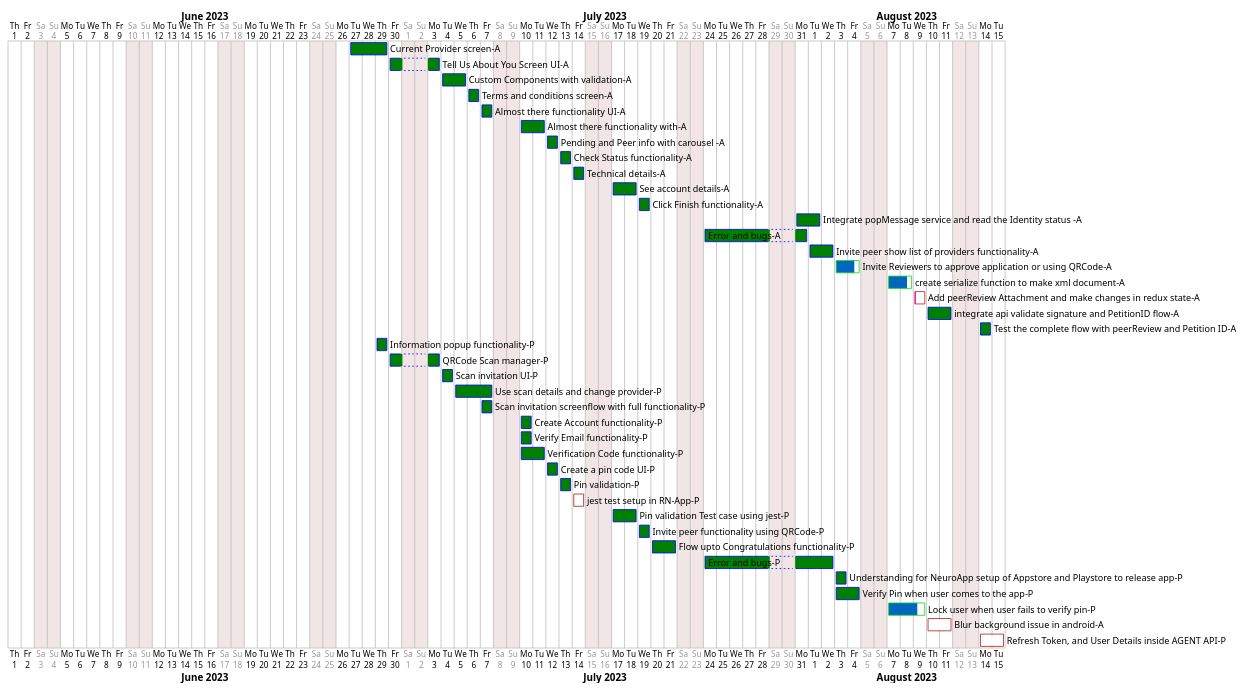
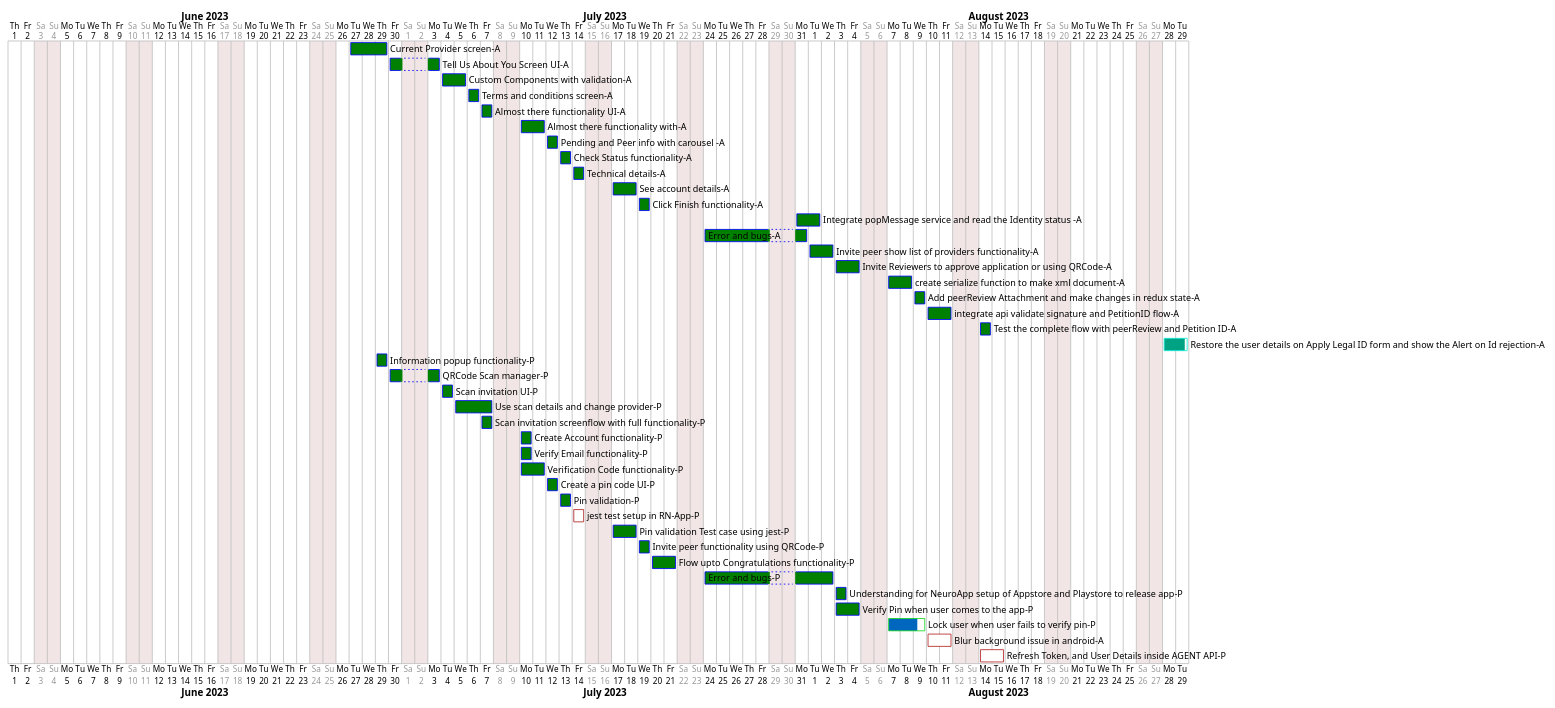
The diagram in doc/Onboarding-Flow.puml (Trust-Anchor-Group/NeuroAccessReactNative), drawn with PlantUML before and after one commit.

Commit message:
Update Onboarding-Flow.puml
update work status

```diff
--- a/doc/Onboarding-Flow.puml
+++ b/doc/Onboarding-Flow.puml
@@ -1,106 +1,107 @@
 @startgantt
 
 saturday are closed
 sunday are closed
 
 
 <style>
 
 ganttDiagram {
   task {
     BackGroundColor Green
     LineColor Blue
     unstarted {
       BackGroundColor Fuchsia 
       LineColor FireBrick
     }
   }
 }
 
 </style>
 
 Project starts 2023-06-01
 [Current Provider screen-A] starts 2023-06-27 and ends 2023-06-29
 [Tell Us About You Screen UI-A] starts 2023-06-30 and ends 2023-07-03
 [Custom Components with validation-A] starts 2023-07-04 and ends 2023-07-05
 [Terms and conditions screen-A] starts 2023-07-06 and ends 2023-07-06
 [Almost there functionality UI-A] starts 2023-07-07 and ends 2023-07-07
 [Almost there functionality with-A] starts 2023-07-10 and ends 2023-07-11
 [Pending and Peer info with carousel -A] starts 2023-07-12 and ends 2023-07-12
 [Check Status functionality-A] starts 2023-07-13 and ends 2023-07-13
 [Technical details-A] starts 2023-07-14 and ends 2023-07-14
 [See account details-A] starts 2023-07-17 and ends 2023-07-18
 [Click Finish functionality-A] starts 2023-07-19 and ends 2023-07-19
 [Integrate popMessage service and read the Identity status -A] starts 2023-07-31 and ends 2023-08-01
 [Error and bugs-A] starts 2023-07-24 and ends 2023-07-31
 [Invite peer show list of providers functionality-A] starts 2023-08-01 and ends 2023-08-02
 [Invite Reviewers to approve application or using QRCode-A] starts 2023-08-03 and ends 2023-08-04
 [create serialize function to make xml document-A] starts 2023-08-07 and ends 2023-08-08
 [Add peerReview Attachment and make changes in redux state-A] starts 2023-08-09 and ends 2023-08-09
 [integrate api validate signature and PetitionID flow-A] starts 2023-08-10 and ends 2023-08-11
 [Test the complete flow with peerReview and Petition ID-A] starts 2023-08-12 and ends 2023-08-14
+[Restore the user details on Apply Legal ID form and show the Alert on Id rejection-A] starts 2023-08-28 and ends 2023-08-29
 
 [Current Provider screen-A] is 100% complete
 [Tell Us About You Screen UI-A] is 100% complete
 [Custom Components with validation-A] is 100% complete
 [Terms and conditions screen-A] is 100% complete
 [Almost there functionality UI-A] is 100% complete
 [Almost there functionality with-A] is 100% complete
 [Pending and Peer info with carousel -A] is 100% complete
 [Check Status functionality-A] is 100% complete
 [Technical details-A] is 100% complete
 [See account details-A] is 100% complete
 [Click Finish functionality-A] is 100% complete
 [Integrate popMessage service and read the Identity status -A] is 100% complete
 [Error and bugs-A] is 100% complete
 [Invite peer show list of providers functionality-A] is 100% complete
-[Invite Reviewers to approve application or using QRCode-A] is 80% complete
-[create serialize function to make xml document-A] is 80% complete
-[Add peerReview Attachment and make changes in redux state-A] is 10% complete
-
+[Invite Reviewers to approve application or using QRCode-A] is 100% complete
+[create serialize function to make xml document-A] is 100% complete
+[Add peerReview Attachment and make changes in redux state-A] is 100% complete
+[Restore the user details on Apply Legal ID form and show the Alert on Id rejection-A] is 90% complete
 
 [Information popup functionality-P] starts 2023-06-29 and ends 2023-06-29
 [QRCode Scan manager-P] starts 2023-06-30 and ends 2023-07-03
 [Scan invitation UI-P] starts 2023-07-04 and ends 2023-07-04
 [Use scan details and change provider-P] starts 2023-07-05 and ends 2023-07-07
 [Scan invitation screenflow with full functionality-P] starts 2023-07-07 and ends 2023-07-07
 [Create Account functionality-P] starts 2023-07-10 and ends 2023-07-10
 [Verify Email functionality-P] starts 2023-07-10 and ends 2023-07-10
 [Verification Code functionality-P] starts 2023-07-10 and ends 2023-07-11
 [Create a pin code UI-P] starts 2023-07-12 and ends 2023-07-12
 [Pin validation-P] starts 2023-07-13 and ends 2023-07-13
 [jest test setup in RN-App-P] starts 2023-07-14 and ends 2023-07-14
 [Pin validation Test case using jest-P] starts 2023-07-17 and ends 2023-07-18
 [Invite peer functionality using QRCode-P] starts 2023-07-19 and ends 2023-07-19
 [Flow upto Congratulations functionality-P] starts 2023-07-20 and ends 2023-07-21
 [Error and bugs-P] starts 2023-07-24 and ends 2023-08-02
 [Understanding for NeuroApp setup of Appstore and Playstore to release app-P] starts 2023-08-03 and ends 2023-08-03
 [Verify Pin when user comes to the app-P] starts 2023-08-03 and ends 2023-08-04
 [Lock user when user fails to verify pin-P] starts 2023-08-05 and ends 2023-08-09
 [Blur background issue in android-A] starts 2023-08-10 and ends 2023-08-11
 [Refresh Token, and User Details inside AGENT API-P] starts 2023-08-14 and ends 2023-08-15
 
 
 [Information popup functionality-P] is 100% complete
 [QRCode Scan manager-P] is 100% complete
 [Scan invitation UI-P] is 100% complete
 [Use scan details and change provider-P] is 100% complete
 [Scan invitation screenflow with full functionality-P] is 100% complete
 [Create Account functionality-P] is 100% complete
 [Verify Email functionality-P] is 100% complete
 [Verification Code functionality-P] is 100% complete
 [Create a pin code UI-P] is 100% complete
 [Pin validation-P] is 100% complete
 [jest test setup in RN-App-P] is 1% complete
 [Pin validation Test case using jest-P] is 100% complete
 [Invite peer functionality using QRCode-P] is 100% complete
 [Flow upto Congratulations functionality-P] is 100% complete
 [Error and bugs-P] is 100% complete
 [Understanding for NeuroApp setup of Appstore and Playstore to release app-P] is 100% complete
 [Verify Pin when user comes to the app-P] is 100% complete
 [Lock user when user fails to verify pin-P] is 80% complete
 [Blur background issue in android-A] is 0% complete
 [Refresh Token, and User Details inside AGENT API-P] is 0% complete
 
 
 @endgantt
```
